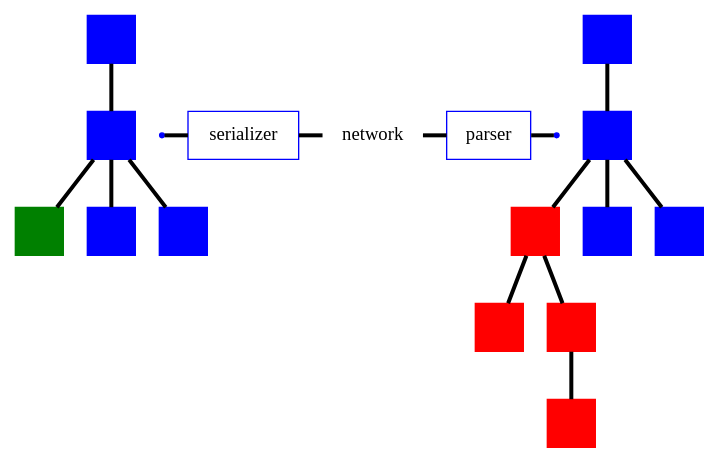
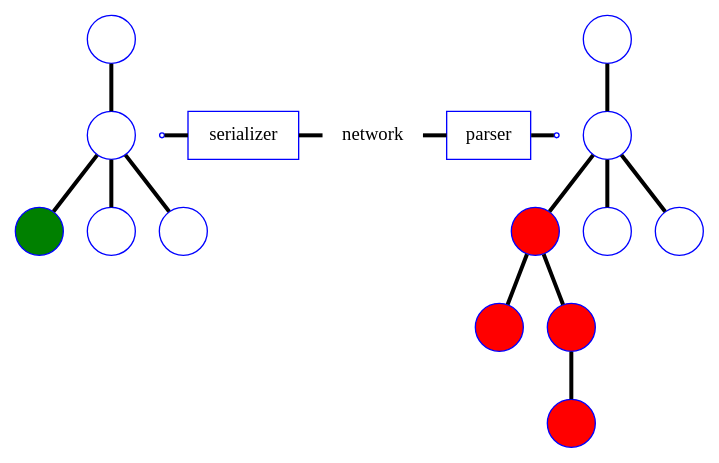
The third of 3 diagrams in 2013-eurucamp/presentation.md (plexus/conf-talks), drawn with Graphviz before and after one commit. The commit also changed other lines of this file and 31 other files, not shown here.

````diff
--- a/2013-eurucamp/presentation.md
+++ b/2013-eurucamp/presentation.md
@@ -251,45 +252,45 @@
 ```dot
 digraph commmunication {
   edge[dir=none color=black penwidth=3]
-  node[label="" shape=square color=blue style=filled]
+  node[label="" shape=circle fillcolor=white color=blue style=filled border=6]
 
-  z1[color=green];
+  z1[fillcolor=green];
 
-  c[color=red];
-  f[color=red];
-  g[color=red];
-  h[color=red];
+  c[fillcolor=red];
+  f[fillcolor=red];
+  g[fillcolor=red];
+  h[fillcolor=red];
 
   subgraph sub_0 {
     x1 -> y1 -> z1;
     y1 -> z2;
     y1 -> z3;
   }
 
   subgraph sub_1 {
     rankdir=LR;
     rank=same;
     node[shape=point];
     serializer[label=serializer shape=box fillcolor=white];
     network[label=network shape=none fillcolor=none];
     parser[label=parser shape=box fillcolor=white];
     aa -> serializer -> network -> parser -> bb;
   }
 
   subgraph sub_2 {
     a -> b -> c;
     b -> d;
     b -> e;
     c -> f;
     c -> g;
     g -> h;
   }
 
   subgraph sub_3 {
     rank="same";
     edge[style="invisible",dir="none"];
     y1 -> aa;
     bb -> b;
   }
 }
 ```
````
